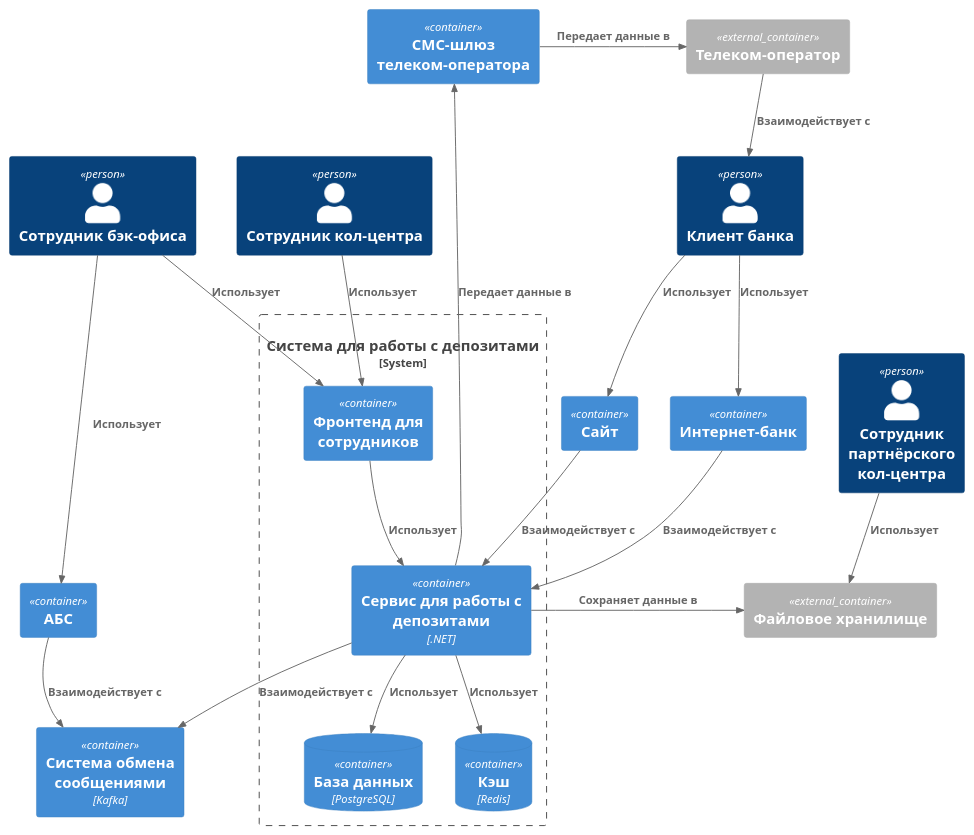
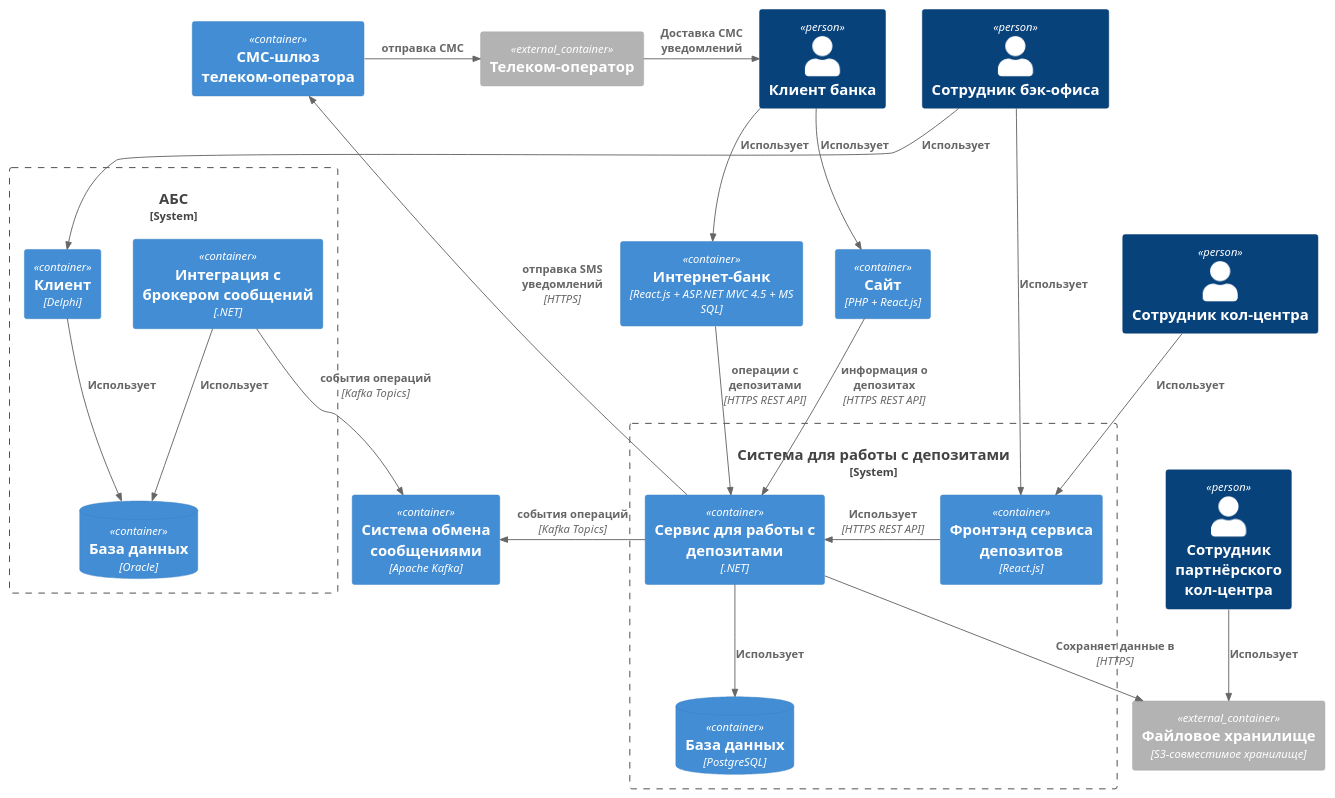
The diagram in Task4/Containers.puml (vsevolod-nikitin/yandex-practicum-architecture-pro-standart), drawn with PlantUML before and after one commit. The commit also changed 7 other files, not shown here.

Commit message:
Обновление схем 3 и 4 заданий.

```diff
--- a/Task4/Containers.puml
+++ b/Task4/Containers.puml
@@ -1,52 +1,57 @@
 @startuml Containers
 !include https://raw.githubusercontent.com/plantuml-stdlib/C4-PlantUML/master/C4_Container.puml
 
 Person(client, "Клиент банка")
 Person(backEmployee, "Сотрудник бэк-офиса")
 Person(callerEmployee, "Сотрудник кол-центра")
 Person(externalPartnerEmployee, "Сотрудник партнёрского кол-центра")
 
-Container(website, "Сайт")
-Container(internetBank, "Интернет-банк")
-Container(absSystem, "АБС")
+Container(website, "Сайт", "PHP + React.js")
+Container(internetBank, "Интернет-банк", "React.js + ASP.NET MVC 4.5 + MS SQL")
+
+System_Boundary(absSystem, "АБС"){
+    Container(abs, "Клиент", "Delphi")
+    Container(absMQIntegration, "Интеграция с брокером сообщений", ".NET")
+    ContainerDb(absDb, "База данных", "Oracle")
+}
 
 System_Boundary(depositSystem, "Система для работы с депозитами"){
-    Container(depositServiceFrontend, "Фронтенд для сотрудников")
+    Container(depositServiceFrontend, "Фронтэнд сервиса депозитов", "React.js")
     Container(depositService, "Сервис для работы с депозитами", ".NET")
     ContainerDb(depositServiceDb, "База данных", "PostgreSQL")
-    ContainerDb(depositCache, "Кэш", "Redis")
 }
 
 Container(smsGateway, "СМС-шлюз телеком-оператора")
-Container_Ext(fileArchive, "Файловое хранилище")
-Container(messageBroker, "Система обмена сообщениями", "Kafka")
+Container(messageBroker, "Система обмена сообщениями", "Apache Kafka")
 
 Container_Ext(telecomOperator, "Телеком-оператор")
+Container_Ext(fileArchive, "Файловое хранилище", "S3-совместимое хранилище")
 
 Rel(client, internetBank, "Использует")
 Rel(client, website, "Использует")
 
 Rel(backEmployee, depositServiceFrontend, "Использует")
-Rel(backEmployee, absSystem, "Использует")
+Rel(backEmployee, abs, "Использует")
+
+Rel(internetBank, depositService, "операции с депозитами", "HTTPS REST API")
+Rel(website, depositService, "информация о депозитах", "HTTPS REST API")
+
+Rel(depositService, smsGateway, "отправка SMS уведомлений", "HTTPS")
+Rel_L(depositService, messageBroker, "события операций", "Kafka Topics")
+Rel(depositService, depositServiceDb, "Использует")
+Rel_R(depositServiceFrontend, depositService, "Использует", "HTTPS REST API")
+
+Rel_R(smsGateway, telecomOperator, "отправка СМС")
+Rel_R(telecomOperator, client, "Доставка СМС уведомлений")
+
+Rel(abs, absDb, "Использует")
+Rel(absMQIntegration, messageBroker, "события операций", "Kafka Topics")
+Rel(absMQIntegration, absDb, "Использует")
+
 Rel(callerEmployee, depositServiceFrontend, "Использует")
-
-Rel(internetBank, depositService, "Взаимодействует с")
-Rel(website, depositService, "Взаимодействует с")
-
-Rel(depositService, smsGateway, "Передает данные в")
-Rel(depositService, depositServiceDb, "Использует")
-Rel(depositService, depositCache, "Использует")
-Rel(depositServiceFrontend, depositService, "Использует")
-
-Rel_R(smsGateway, telecomOperator, "Передает данные в")
-Rel(telecomOperator, client, "Взаимодействует с")
-
-Rel_R(depositService, fileArchive, "Сохраняет данные в")
 Rel(externalPartnerEmployee, fileArchive, "Использует")
-
-Rel(absSystem, messageBroker, "Взаимодействует с")
-Rel(depositService, messageBroker, "Взаимодействует с")
+Rel(depositService, fileArchive, "Сохраняет данные в", "HTTPS")
 
 LAYOUT_TOP_DOWN()
 
 @enduml
```
